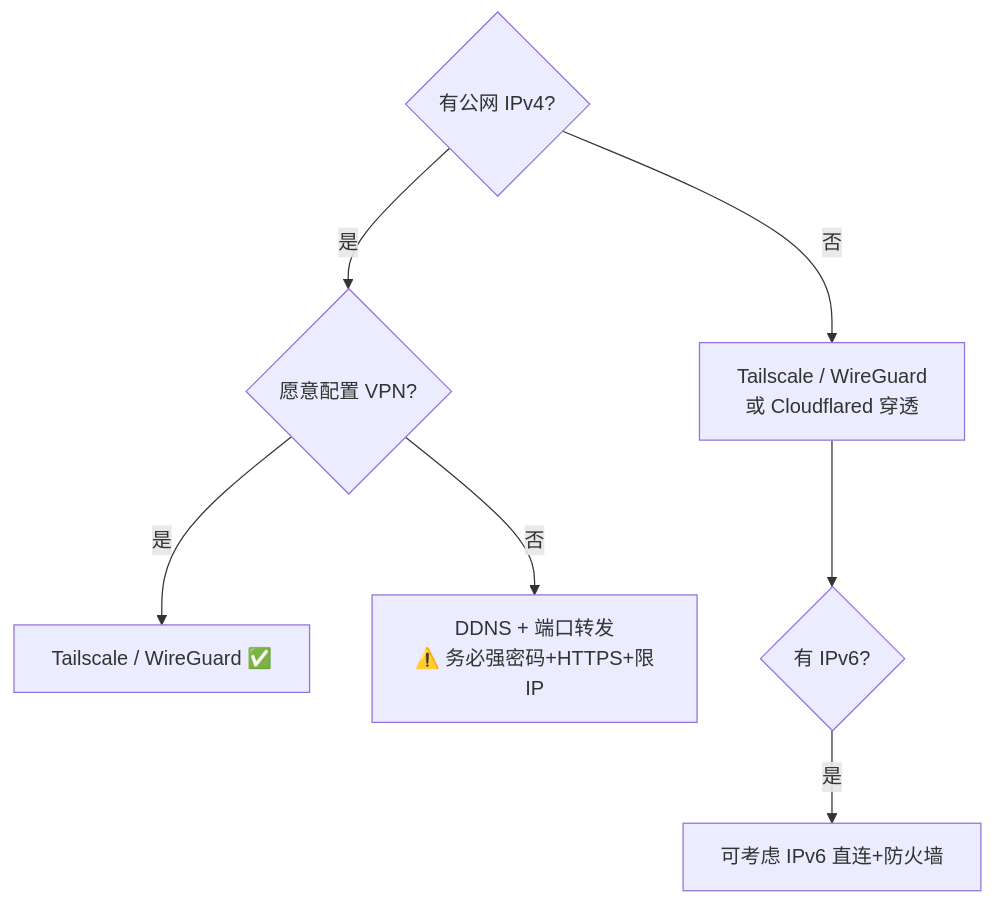
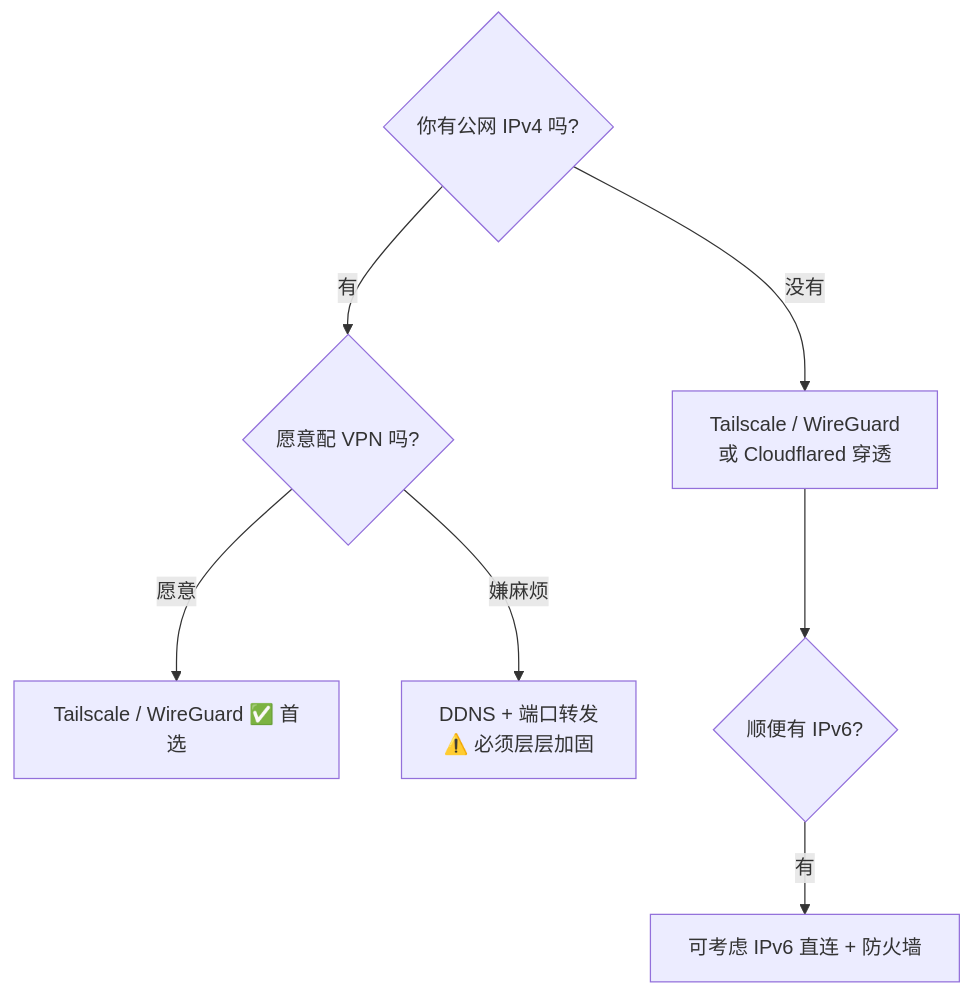
The diagram in docs/06-网络与远程访问/6.2-远程访问方案对比.md (cv-superding/nas-guide), drawn with Mermaid before and after one commit. The commit also changed other lines of this file and 1 other file, not shown here.

````diff
--- a/docs/06-网络与远程访问/6.2-远程访问方案对比.md
+++ b/docs/06-网络与远程访问/6.2-远程访问方案对比.md
@@ -27,9 +19,9 @@
 ```mermaid
 flowchart TD
-    A{有公网 IPv4?} -->|否| B[Tailscale / WireGuard<br/>或 Cloudflared 穿透]
-    A -->|是| C{愿意配置 VPN?}
-    C -->|是| D[Tailscale / WireGuard ✅]
-    C -->|否| E[DDNS + 端口转发<br/>⚠️ 务必强密码+HTTPS+限IP]
-    B --> F{有 IPv6?}
-    F -->|是| G[可考虑 IPv6 直连+防火墙]
+    A{你有公网 IPv4 吗?} -->|没有| B[Tailscale / WireGuard<br/>或 Cloudflared 穿透]
+    A -->|有| C{愿意配 VPN 吗?}
+    C -->|愿意| D[Tailscale / WireGuard ✅ 首选]
+    C -->|嫌麻烦| E[DDNS + 端口转发<br/>⚠️ 必须层层加固]
+    B --> F{顺便有 IPv6?}
+    F -->|有| G[可考虑 IPv6 直连 + 防火墙]
 ```
````
